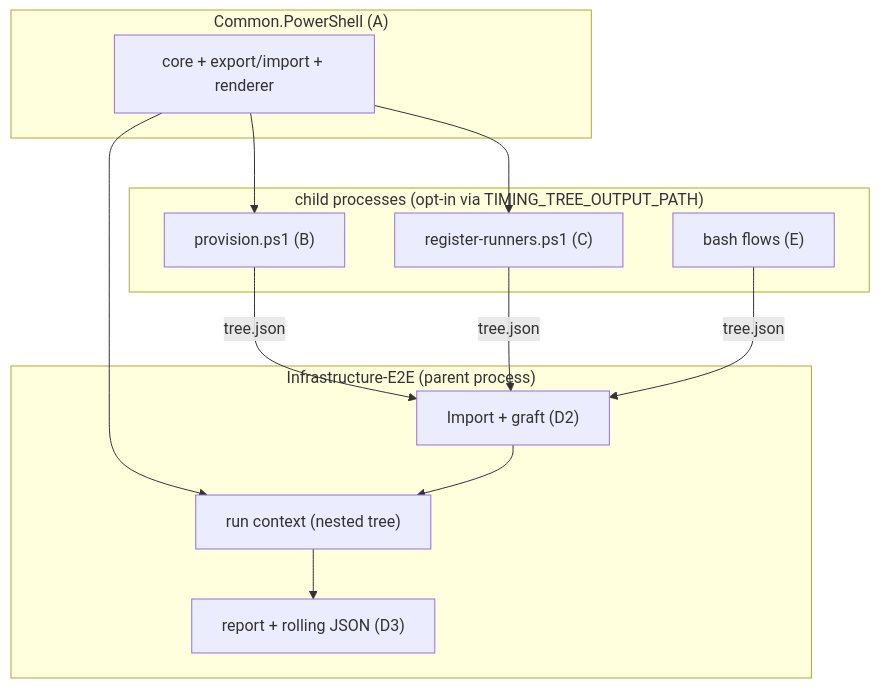
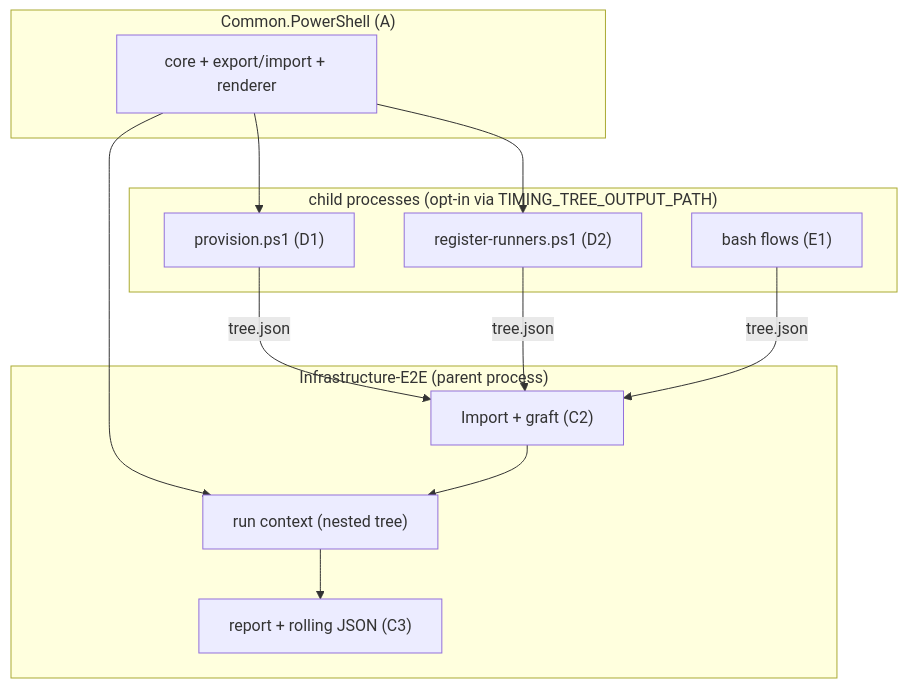
Before and after one commit to VitaliiAndreev/Infrastructure-Common: diagram 14 of 14 in docs/dev/implementation/88-cross-process-instrumentation-and-reporting/plan.md, drawn with Mermaid. The commit also changed other lines of this file and 1 other file, not shown here.

````diff
--- a/docs/dev/implementation/88-cross-process-instrumentation-and-reporting/plan.md
+++ b/docs/dev/implementation/88-cross-process-instrumentation-and-reporting/plan.md
@@ -461,24 +492,24 @@
 ```mermaid
 flowchart TD
   subgraph E2E["Infrastructure-E2E (parent process)"]
     ctx["run context (nested tree)"]
-    merge["Import + graft (D2)"]
-    report["report + rolling JSON (D3)"]
+    merge["Import + graft (C2)"]
+    report["report + rolling JSON (C3)"]
   end
   subgraph Children["child processes (opt-in via TIMING_TREE_OUTPUT_PATH)"]
-    prov["provision.ps1 (B)"]
-    reg["register-runners.ps1 (C)"]
-    bash["bash flows (E)"]
+    prov["provision.ps1 (D1)"]
+    reg["register-runners.ps1 (D2)"]
+    bash["bash flows (E1)"]
   end
   subgraph Shared["Common.PowerShell (A)"]
     core["core + export/import + renderer"]
   end
   core --> ctx
   core --> prov
   core --> reg
   prov -->|tree.json| merge
   reg -->|tree.json| merge
   bash -->|tree.json| merge
   merge --> ctx
   ctx --> report
 ```
````
